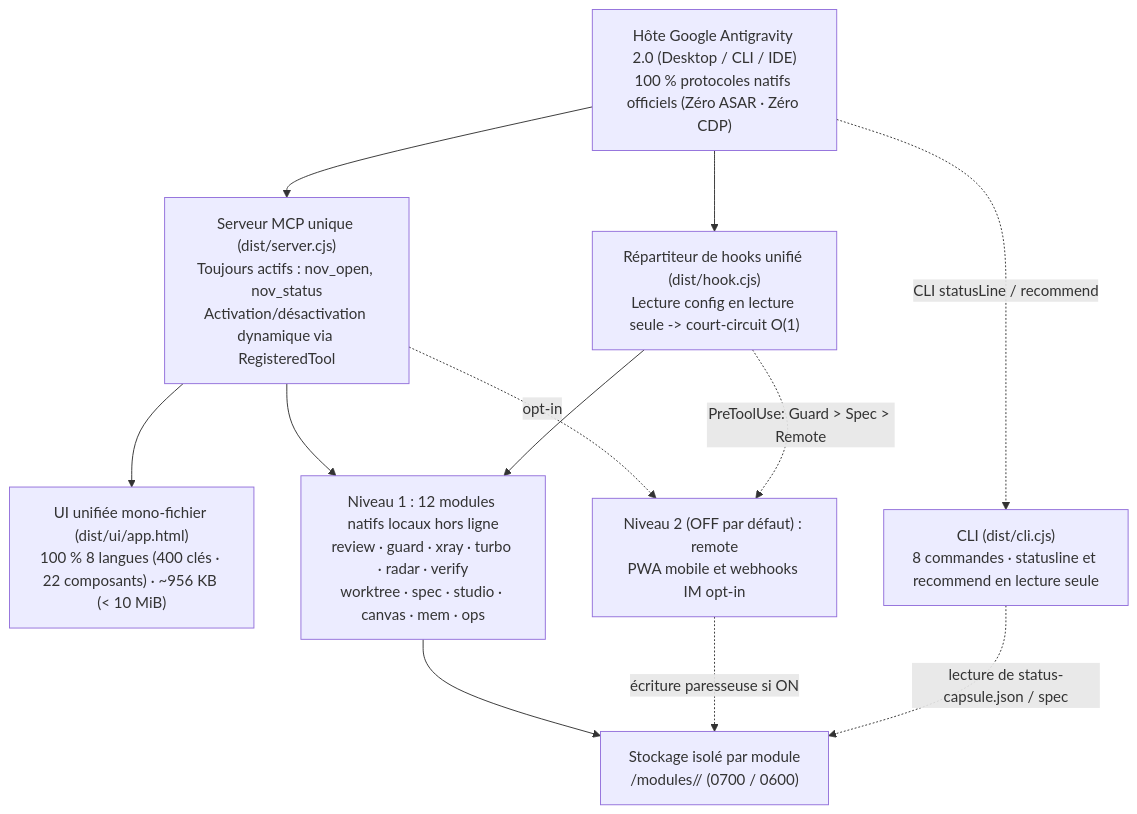
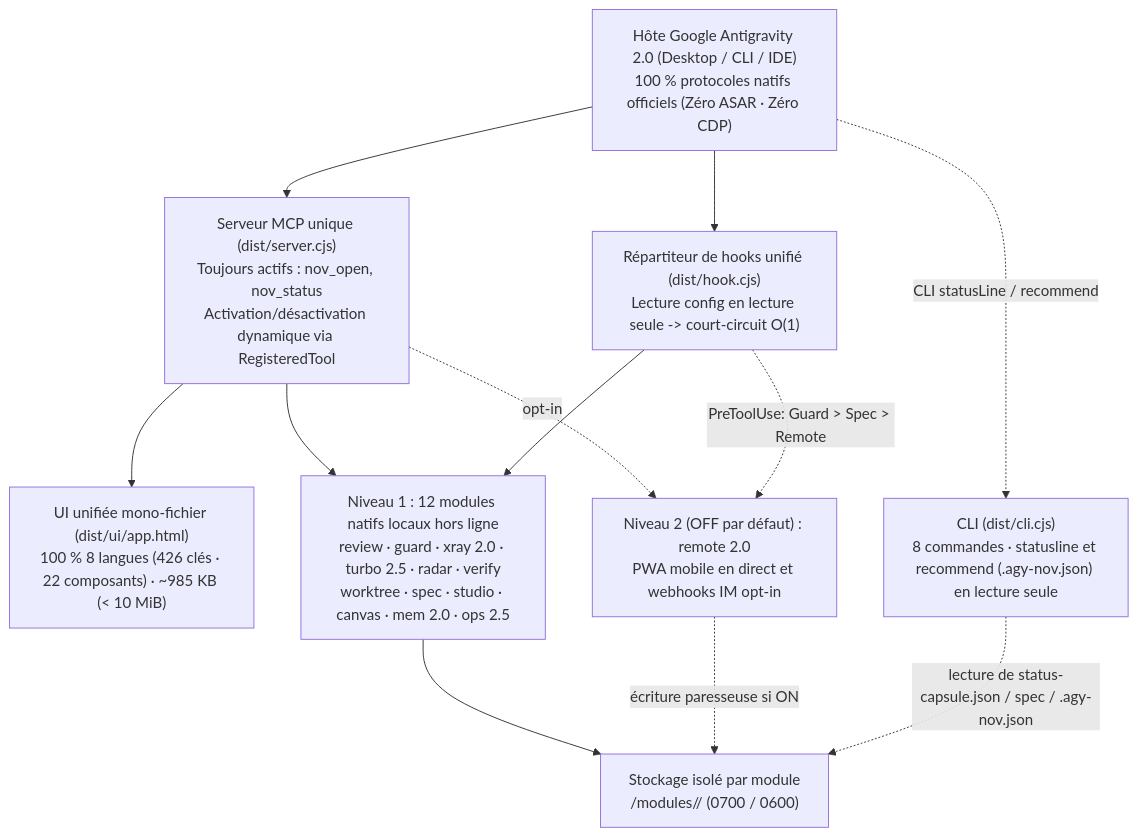
Before and after one commit to tone-leh/agy-NOV: the diagram in docs/i18n/README.fr.md, drawn with Mermaid. The commit also changed other lines of this file and 59 other files, not shown here.

Commit message:
feat(v0.6.0): Mem 2.0 progressive disclosure & <private>, Turbo 2.5 gain & 8.8KB guardrail, Remote 2.0 read-only stream, .agy-nov.json team preset & Ops 2.5

````diff
--- a/docs/i18n/README.fr.md
+++ b/docs/i18n/README.fr.md
@@ -223,23 +226,23 @@
 ```mermaid
 flowchart TB
   Host["Hôte Google Antigravity 2.0 (Desktop / CLI / IDE)\n100 % protocoles natifs officiels (Zéro ASAR · Zéro CDP)"]
   MCP["Serveur MCP unique (dist/server.cjs)\nToujours actifs : nov_open, nov_status\nActivation/désactivation dynamique via RegisteredTool"]
-  UI["UI unifiée mono-fichier (dist/ui/app.html)\n100 % 8 langues (400 clés · 22 composants) · ~956 KB (< 10 MiB)"]
+  UI["UI unifiée mono-fichier (dist/ui/app.html)\n100 % 8 langues (426 clés · 22 composants) · ~985 KB (< 10 MiB)"]
   Hook["Répartiteur de hooks unifié (dist/hook.cjs)\nLecture config en lecture seule -> court-circuit O(1)"]
-  CLI["CLI (dist/cli.cjs)\n8 commandes · statusline et recommend en lecture seule"]
+  CLI["CLI (dist/cli.cjs)\n8 commandes · statusline et recommend (.agy-nov.json) en lecture seule"]
   Store["Stockage isolé par module\n<dataDir>/modules/<id>/ (0700 / 0600)"]
-  T1["Niveau 1 : 12 modules natifs locaux hors ligne\nreview · guard · xray · turbo · radar · verify\nworktree · spec · studio · canvas · mem · ops"]
-  T2R["Niveau 2 (OFF par défaut) : remote\nPWA mobile et webhooks IM opt-in"]
+  T1["Niveau 1 : 12 modules natifs locaux hors ligne\nreview · guard · xray 2.0 · turbo 2.5 · radar · verify\nworktree · spec · studio · canvas · mem 2.0 · ops 2.5"]
+  T2R["Niveau 2 (OFF par défaut) : remote 2.0\nPWA mobile en direct et webhooks IM opt-in"]
 
   Host --> MCP
   Host --> Hook
   Host -. "CLI statusLine / recommend" .-> CLI
   MCP --> UI
   MCP --> T1
   MCP -. "opt-in" .-> T2R
   Hook --> T1
   Hook -. "PreToolUse: Guard > Spec > Remote" .-> T2R
   T1 --> Store
   T2R -. "écriture paresseuse si ON" .-> Store
-  CLI -. "lecture de status-capsule.json / spec" .-> Store
+  CLI -. "lecture de status-capsule.json / spec / .agy-nov.json" .-> Store
 ```
````
